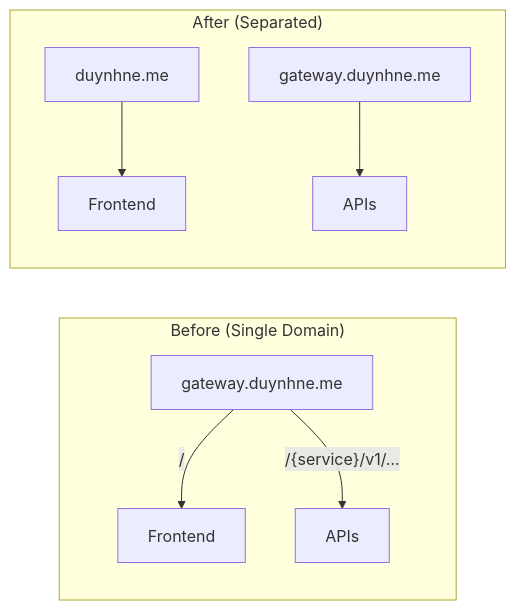
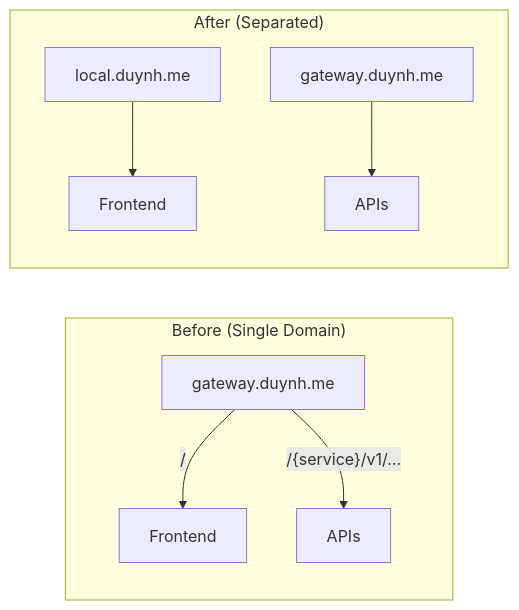
The second of 3 diagrams in docs/platform/kong-gateway.md (duynhlab/homelab), drawn with Mermaid before and after one commit. The commit also changed other lines of this file and 27 other files, not shown here.

````diff
--- a/docs/platform/kong-gateway.md
+++ b/docs/platform/kong-gateway.md
@@ -121,13 +121,13 @@
 ```mermaid
 flowchart LR
     subgraph Before["Before (Single Domain)"]
-        GW1["gateway.duynhne.me"]
+        GW1["gateway.duynh.me"]
         GW1 -->|"/"| FE1["Frontend"]
         GW1 -->|"/{service}/v1/…"| API1["APIs"]
     end
 
     subgraph After["After (Separated)"]
-        D1["duynhne.me"] --> FE2["Frontend"]
-        D2["gateway.duynhne.me"] --> API2["APIs"]
+        D1["local.duynh.me"] --> FE2["Frontend"]
+        D2["gateway.duynh.me"] --> API2["APIs"]
     end
 ```
````
